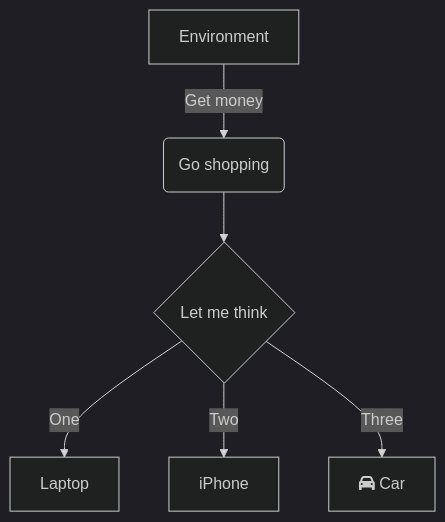
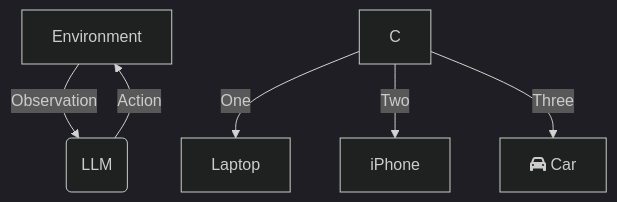
One commit to akvachan/SR-LLM changed the diagram in README.md. Above: the diagram before and after it, drawn with Mermaid (dark theme).

````diff
--- a/README.md
+++ b/README.md
@@ -4,8 +4,8 @@
 ```mermaid
 flowchart TD
-    A[Environment] --> |Get money| B(Go shopping)
-    B --> C{Let me think}
+    A[Environment] --> |Observation| B(LLM)
+    B --> |Action| A
     C -->|One| D[Laptop]
     C -->|Two| E[iPhone]
     C -->|Three| F[fa:fa-car Car]
 ```
````
